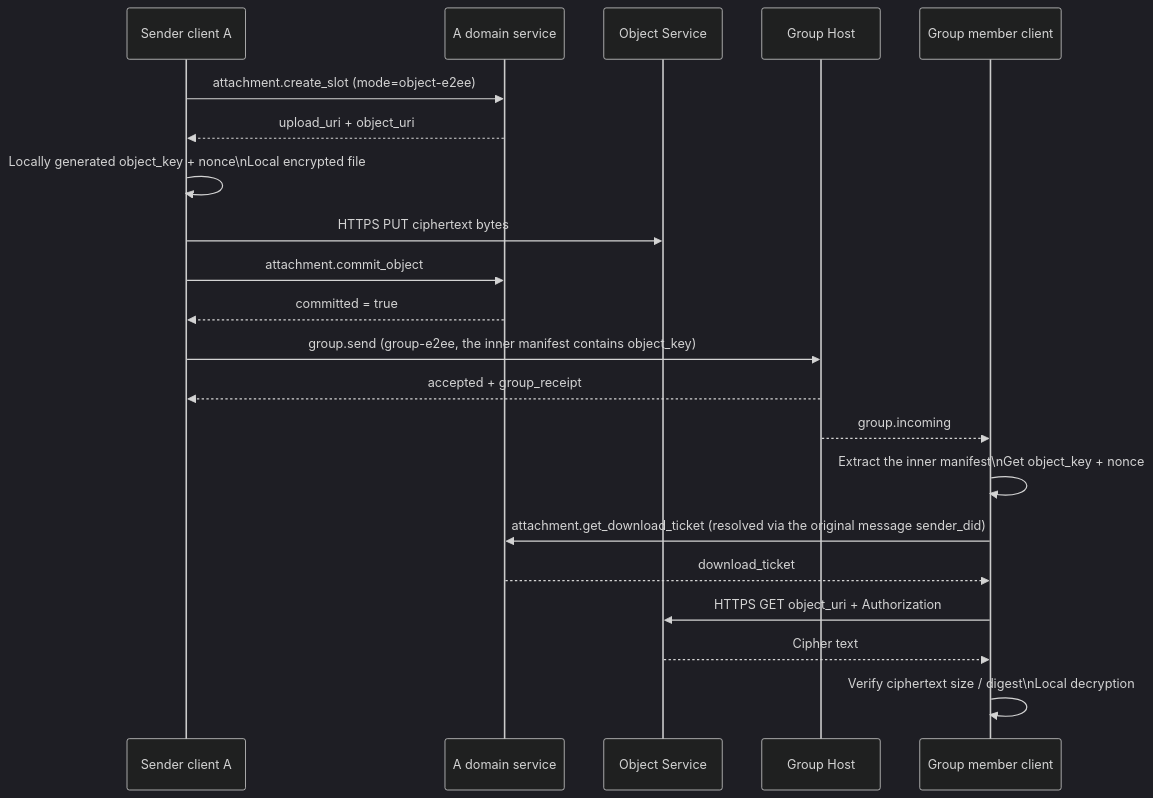
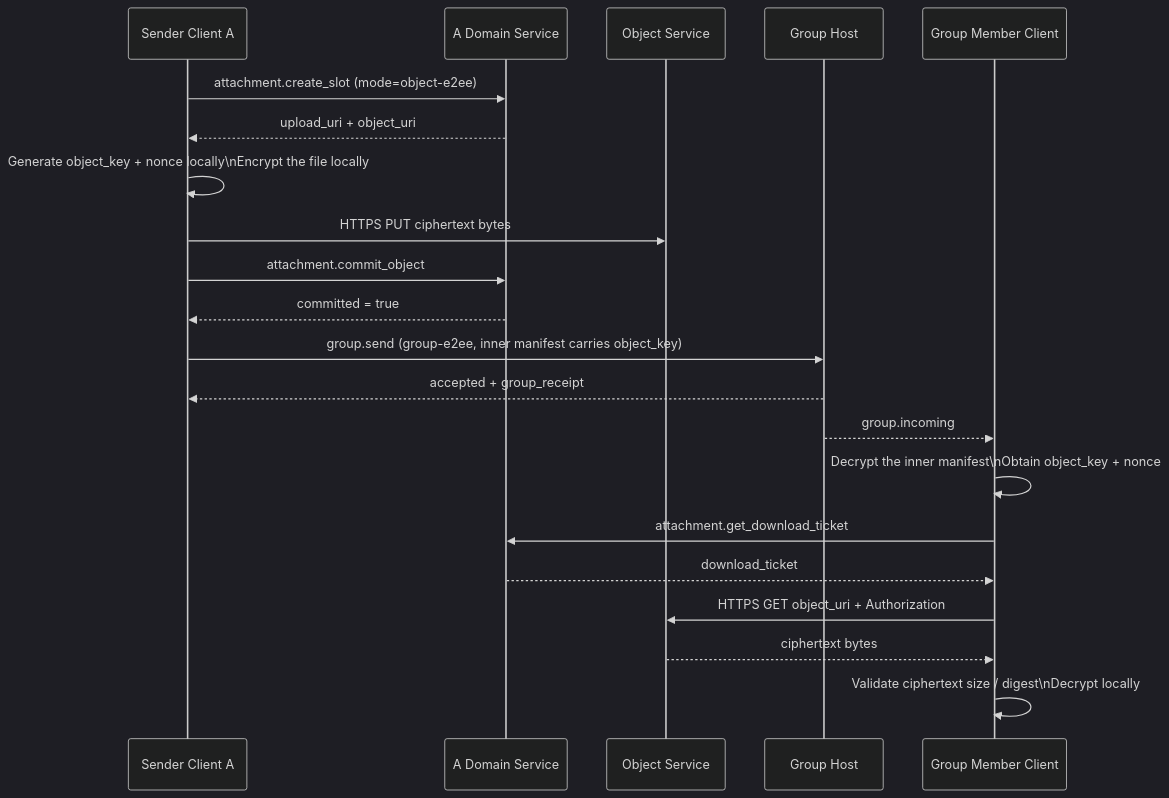
Before and after one commit to NeatNerdPrime/AgentNetworkProtocol: the fifth of 5 diagrams in message/07-attachments-and-object-transfer.md, drawn with Mermaid (dark theme). The commit also changed other lines of this file and 7 other files, not shown here.

````diff
--- a/message/07-attachments-and-object-transfer.md
+++ b/message/07-attachments-and-object-transfer.md
@@ -273,24 +273,24 @@
 ```mermaid
 sequenceDiagram
-    participant A as Sender client A
-    participant AS as A domain service
+    participant A as Sender Client A
+    participant AS as A Domain Service
     participant OS as Object Service
     participant GH as Group Host
-    participant M as Group member client
+    participant M as Group Member Client
 
     A->>AS: attachment.create_slot (mode=object-e2ee)
     AS-->>A: upload_uri + object_uri
-    A->>A: Locally generated object_key + nonce\nLocal encrypted file
+    A->>A: Generate object_key + nonce locally\nEncrypt the file locally
     A->>OS: HTTPS PUT ciphertext bytes
     A->>AS: attachment.commit_object
     AS-->>A: committed = true
-    A->>GH: group.send (group-e2ee, the inner manifest contains object_key)
+    A->>GH: group.send (group-e2ee, inner manifest carries object_key)
     GH-->>A: accepted + group_receipt
     GH-->>M: group.incoming
-    M->>M: Extract the inner manifest\nGet object_key + nonce
-    M->>AS: attachment.get_download_ticket (resolved via the original message sender_did)
+    M->>M: Decrypt the inner manifest\nObtain object_key + nonce
+    M->>AS: attachment.get_download_ticket
     AS-->>M: download_ticket
     M->>OS: HTTPS GET object_uri + Authorization
-    OS-->>M: Cipher text
-    M->>M: Verify ciphertext size / digest\nLocal decryption
+    OS-->>M: ciphertext bytes
+    M->>M: Validate ciphertext size / digest\nDecrypt locally
 ```
````
